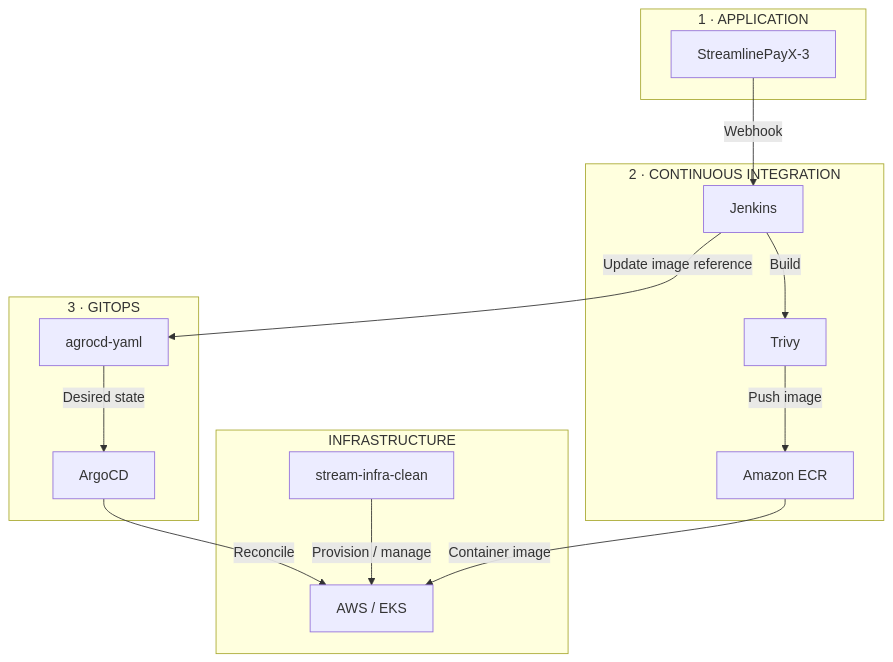
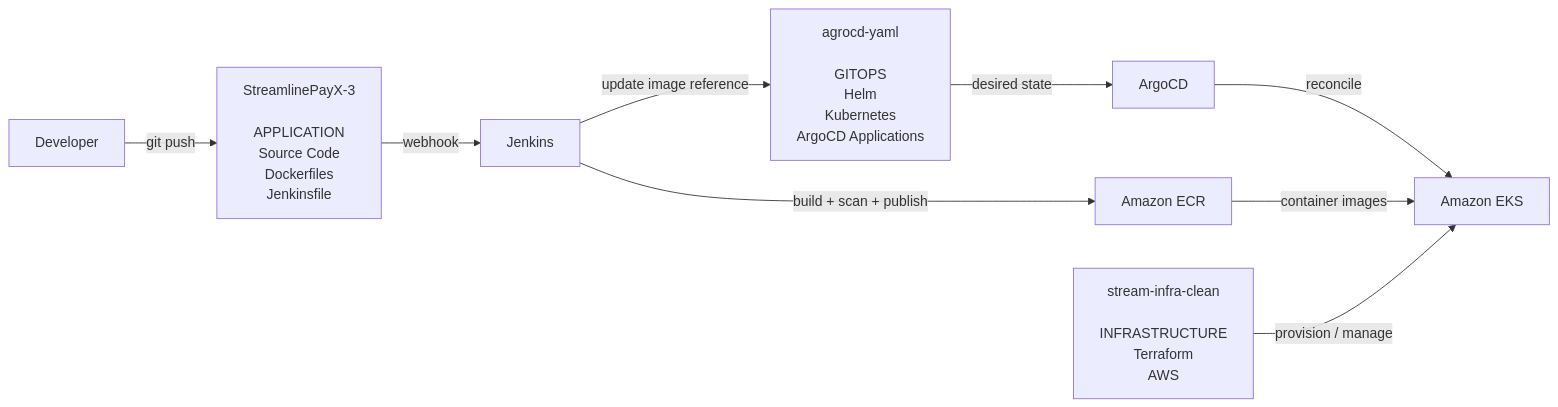
The second of 2 diagrams in README.md (maxiemoses-eu/StreamlinePayX-3), drawn with Mermaid before and after one commit. The commit also changed other lines of this file, not shown here.

````diff
--- a/README.md
+++ b/README.md
@@ -86,34 +393,32 @@
 ```mermaid
-flowchart TB
+flowchart LR
 
-    subgraph APPLICATION["1 · APPLICATION"]
-        APP["StreamlinePayX-3"]
-    end
+    DEV["Developer"]
 
-    subgraph CI["2 · CONTINUOUS INTEGRATION"]
-        JENKINS["Jenkins"]
-        TRIVY["Trivy"]
-        ECR["Amazon ECR"]
-    end
+    APP["StreamlinePayX-3<br/><br/>APPLICATION<br/>Source Code<br/>Dockerfiles<br/>Jenkinsfile"]
 
-    subgraph GITOPS["3 · GITOPS"]
-        REPO["agrocd-yaml"]
-        ARGO["ArgoCD"]
-    end
+    JENKINS["Jenkins"]
 
-    subgraph INFRA["INFRASTRUCTURE"]
-        TF["stream-infra-clean"]
-        AWS["AWS / EKS"]
-    end
+    ECR["Amazon ECR"]
 
-    APP -->|"Webhook"| JENKINS
-    JENKINS -->|"Build"| TRIVY
-    TRIVY -->|"Push image"| ECR
+    GITOPS["agrocd-yaml<br/><br/>GITOPS<br/>Helm<br/>Kubernetes<br/>ArgoCD Applications"]
 
-    JENKINS -->|"Update image reference"| REPO
-    REPO -->|"Desired state"| ARGO
-    ARGO -->|"Reconcile"| AWS
+    ARGO["ArgoCD"]
 
-    TF -->|"Provision / manage"| AWS
-    ECR -->|"Container image"| AWS
+    INFRA["stream-infra-clean<br/><br/>INFRASTRUCTURE<br/>Terraform<br/>AWS"]
+
+    EKS["Amazon EKS"]
+
+    DEV -->|"git push"| APP
+    APP -->|"webhook"| JENKINS
+
+    JENKINS -->|"build + scan + publish"| ECR
+    JENKINS -->|"update image reference"| GITOPS
+
+    GITOPS -->|"desired state"| ARGO
+    ARGO -->|"reconcile"| EKS
+
+    ECR -->|"container images"| EKS
+
+    INFRA -->|"provision / manage"| EKS
 ```
````
